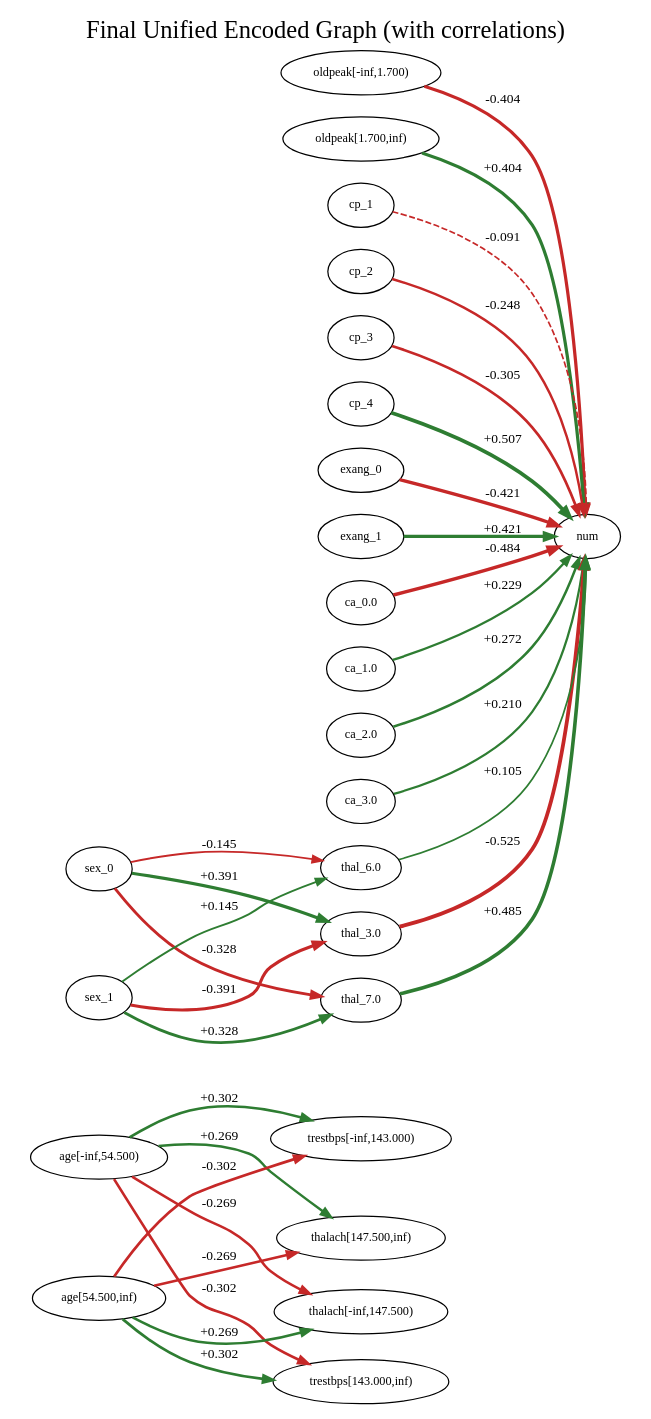
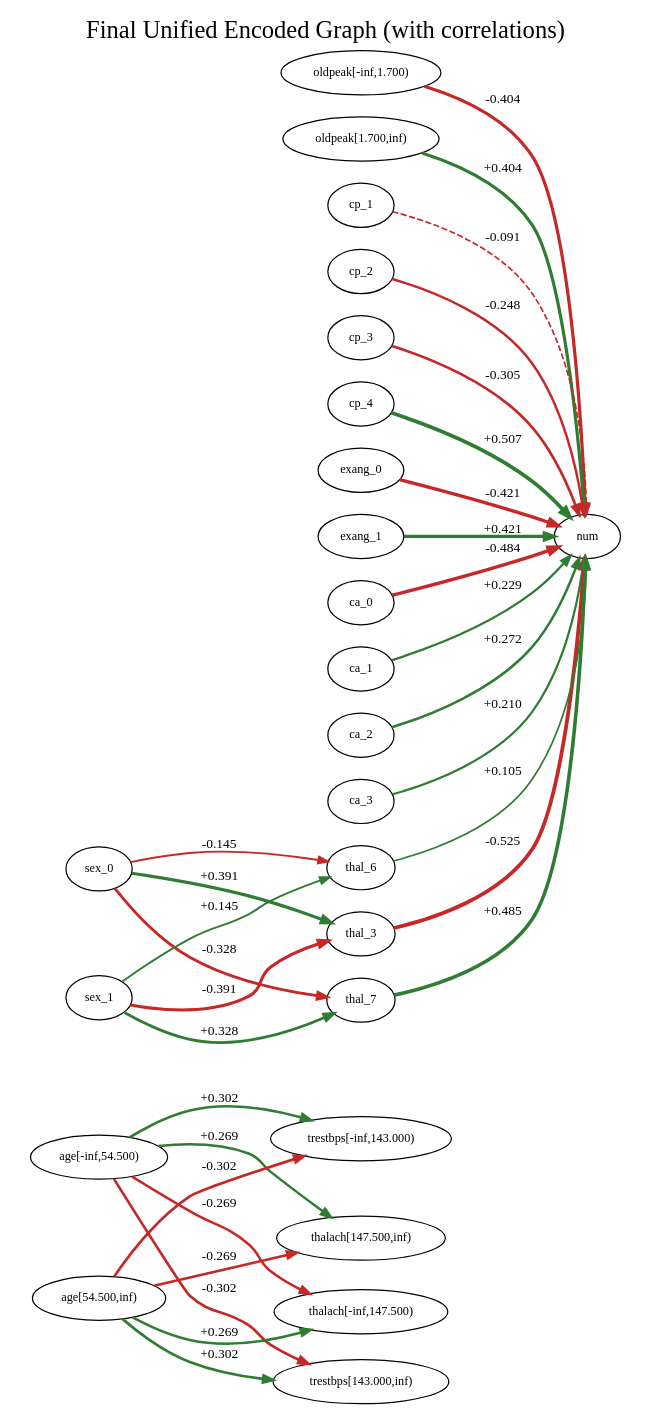
One commit to AKANEMO22/MedTCAX-Causal-Argumentative-Explainability changed the diagram in causal_argumentation-main/outputs_heart_disease/fci_experiment/final_unified_fci_weighted.dot. Above: the diagram before and after it, drawn with Graphviz. The commit also changed 18 other files, not shown here.

```diff
--- a/causal_argumentation-main/outputs_heart_disease/fci_experiment/final_unified_fci_weighted.dot
+++ b/causal_argumentation-main/outputs_heart_disease/fci_experiment/final_unified_fci_weighted.dot
@@ -1,59 +1,59 @@
 digraph G {
 rankdir=LR;
 label="Final Unified Encoded Graph (with correlations)";
 labelloc=t;
 fontsize=20;
 "trestbps[-inf,143.000)" [shape=ellipse, fontsize=10];
 "trestbps[143.000,inf)" [shape=ellipse, fontsize=10];
 "thalach[-inf,147.500)" [shape=ellipse, fontsize=10];
 "thalach[147.500,inf)" [shape=ellipse, fontsize=10];
 "oldpeak[-inf,1.700)" [shape=ellipse, fontsize=10];
 "oldpeak[1.700,inf)" [shape=ellipse, fontsize=10];
 "age[-inf,54.500)" [shape=ellipse, fontsize=10];
 "age[54.500,inf)" [shape=ellipse, fontsize=10];
 sex_0 [shape=ellipse, fontsize=10];
 sex_1 [shape=ellipse, fontsize=10];
 cp_1 [shape=ellipse, fontsize=10];
 cp_2 [shape=ellipse, fontsize=10];
 cp_3 [shape=ellipse, fontsize=10];
 cp_4 [shape=ellipse, fontsize=10];
 exang_0 [shape=ellipse, fontsize=10];
 exang_1 [shape=ellipse, fontsize=10];
-"ca_0.0" [shape=ellipse, fontsize=10];
-"ca_1.0" [shape=ellipse, fontsize=10];
-"ca_2.0" [shape=ellipse, fontsize=10];
-"ca_3.0" [shape=ellipse, fontsize=10];
-"thal_3.0" [shape=ellipse, fontsize=10];
-"thal_6.0" [shape=ellipse, fontsize=10];
-"thal_7.0" [shape=ellipse, fontsize=10];
+ca_0 [shape=ellipse, fontsize=10];
+ca_1 [shape=ellipse, fontsize=10];
+ca_2 [shape=ellipse, fontsize=10];
+ca_3 [shape=ellipse, fontsize=10];
+thal_3 [shape=ellipse, fontsize=10];
+thal_6 [shape=ellipse, fontsize=10];
+thal_7 [shape=ellipse, fontsize=10];
 num [shape=ellipse, fontsize=10];
 "oldpeak[-inf,1.700)" -> num [arrowsize=0.8, label=" -0.404 ", fontsize=11, color="#c62828", penwidth=2.6156442073879136];
 "oldpeak[1.700,inf)" -> num [arrowsize=0.8, label=" +0.404 ", fontsize=11, color="#2e7d32", penwidth=2.6156442073879136];
 "age[-inf,54.500)" -> "trestbps[-inf,143.000)" [arrowsize=0.8, label=" +0.302 ", fontsize=11, color="#2e7d32", penwidth=2.2069895335503915];
+"age[-inf,54.500)" -> "trestbps[143.000,inf)" [arrowsize=0.8, label=" -0.302 ", fontsize=11, color="#c62828", penwidth=2.2069895335503915];
 "age[-inf,54.500)" -> "thalach[147.500,inf)" [arrowsize=0.8, label=" +0.269 ", fontsize=11, color="#2e7d32", penwidth=2.0741340208058987];
 "age[-inf,54.500)" -> "thalach[-inf,147.500)" [arrowsize=0.8, label=" -0.269 ", fontsize=11, color="#c62828", penwidth=2.0741340208058996];
-"age[-inf,54.500)" -> "trestbps[143.000,inf)" [arrowsize=0.8, label=" -0.302 ", fontsize=11, color="#c62828", penwidth=2.2069895335503915];
 "age[54.500,inf)" -> "trestbps[-inf,143.000)" [arrowsize=0.8, label=" -0.302 ", fontsize=11, color="#c62828", penwidth=2.2069895335503915];
+"age[54.500,inf)" -> "trestbps[143.000,inf)" [arrowsize=0.8, label=" +0.302 ", fontsize=11, color="#2e7d32", penwidth=2.2069895335503915];
 "age[54.500,inf)" -> "thalach[147.500,inf)" [arrowsize=0.8, label=" -0.269 ", fontsize=11, color="#c62828", penwidth=2.074134020805899];
 "age[54.500,inf)" -> "thalach[-inf,147.500)" [arrowsize=0.8, label=" +0.269 ", fontsize=11, color="#2e7d32", penwidth=2.074134020805899];
-"age[54.500,inf)" -> "trestbps[143.000,inf)" [arrowsize=0.8, label=" +0.302 ", fontsize=11, color="#2e7d32", penwidth=2.2069895335503915];
-sex_0 -> "thal_6.0" [arrowsize=0.8, label=" -0.145 ", fontsize=11, color="#c62828", penwidth=1.5814704187295225];
-sex_0 -> "thal_3.0" [arrowsize=0.8, label=" +0.391 ", fontsize=11, color="#2e7d32", penwidth=2.5629184216859295];
-sex_0 -> "thal_7.0" [arrowsize=0.8, label=" -0.328 ", fontsize=11, color="#c62828", penwidth=2.310682531330193];
-sex_1 -> "thal_6.0" [arrowsize=0.8, label=" +0.145 ", fontsize=11, color="#2e7d32", penwidth=1.581470418729523];
-sex_1 -> "thal_3.0" [arrowsize=0.8, label=" -0.391 ", fontsize=11, color="#c62828", penwidth=2.56291842168593];
-sex_1 -> "thal_7.0" [arrowsize=0.8, label=" +0.328 ", fontsize=11, color="#2e7d32", penwidth=2.310682531330192];
+sex_0 -> thal_7 [arrowsize=0.8, label=" -0.328 ", fontsize=11, color="#c62828", penwidth=2.310682531330193];
+sex_0 -> thal_3 [arrowsize=0.8, label=" +0.391 ", fontsize=11, color="#2e7d32", penwidth=2.5629184216859295];
+sex_0 -> thal_6 [arrowsize=0.8, label=" -0.145 ", fontsize=11, color="#c62828", penwidth=1.5814704187295225];
+sex_1 -> thal_7 [arrowsize=0.8, label=" +0.328 ", fontsize=11, color="#2e7d32", penwidth=2.310682531330192];
+sex_1 -> thal_3 [arrowsize=0.8, label=" -0.391 ", fontsize=11, color="#c62828", penwidth=2.56291842168593];
+sex_1 -> thal_6 [arrowsize=0.8, label=" +0.145 ", fontsize=11, color="#2e7d32", penwidth=1.581470418729523];
 cp_1 -> num [arrowsize=0.8, label=" -0.091 ", fontsize=11, color="#c62828", style=dashed, penwidth=1.3648339979684732];
 cp_2 -> num [arrowsize=0.8, label=" -0.248 ", fontsize=11, color="#c62828", penwidth=1.9901413575981535];
 cp_3 -> num [arrowsize=0.8, label=" -0.305 ", fontsize=11, color="#c62828", penwidth=2.221380086128977];
 cp_4 -> num [arrowsize=0.8, label=" +0.507 ", fontsize=11, color="#2e7d32", penwidth=3.028139926672511];
 exang_0 -> num [arrowsize=0.8, label=" -0.421 ", fontsize=11, color="#c62828", penwidth=2.685421961825812];
 exang_1 -> num [arrowsize=0.8, label=" +0.421 ", fontsize=11, color="#2e7d32", penwidth=2.6854219618258117];
-"ca_0.0" -> num [arrowsize=0.8, label=" -0.484 ", fontsize=11, color="#c62828", penwidth=2.9341209987654198];
-"ca_1.0" -> num [arrowsize=0.8, label=" +0.229 ", fontsize=11, color="#2e7d32", penwidth=1.9158945115554054];
-"ca_2.0" -> num [arrowsize=0.8, label=" +0.272 ", fontsize=11, color="#2e7d32", penwidth=2.089598727696698];
-"ca_3.0" -> num [arrowsize=0.8, label=" +0.210 ", fontsize=11, color="#2e7d32", penwidth=1.8381249455377504];
-"thal_3.0" -> num [arrowsize=0.8, label=" -0.525 ", fontsize=11, color="#c62828", penwidth=3.099887497407961];
-"thal_6.0" -> num [arrowsize=0.8, label=" +0.105 ", fontsize=11, color="#2e7d32", penwidth=1.41860431652912];
-"thal_7.0" -> num [arrowsize=0.8, label=" +0.485 ", fontsize=11, color="#2e7d32", penwidth=2.93862716188729];
+ca_0 -> num [arrowsize=0.8, label=" -0.484 ", fontsize=11, color="#c62828", penwidth=2.9341209987654198];
+ca_1 -> num [arrowsize=0.8, label=" +0.229 ", fontsize=11, color="#2e7d32", penwidth=1.9158945115554054];
+ca_2 -> num [arrowsize=0.8, label=" +0.272 ", fontsize=11, color="#2e7d32", penwidth=2.089598727696698];
+ca_3 -> num [arrowsize=0.8, label=" +0.210 ", fontsize=11, color="#2e7d32", penwidth=1.8381249455377504];
+thal_3 -> num [arrowsize=0.8, label=" -0.525 ", fontsize=11, color="#c62828", penwidth=3.099887497407961];
+thal_6 -> num [arrowsize=0.8, label=" +0.105 ", fontsize=11, color="#2e7d32", penwidth=1.41860431652912];
+thal_7 -> num [arrowsize=0.8, label=" +0.485 ", fontsize=11, color="#2e7d32", penwidth=2.93862716188729];
 }
```
